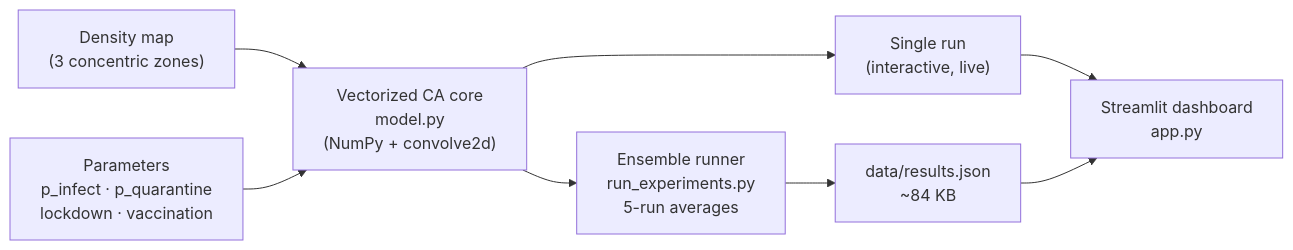
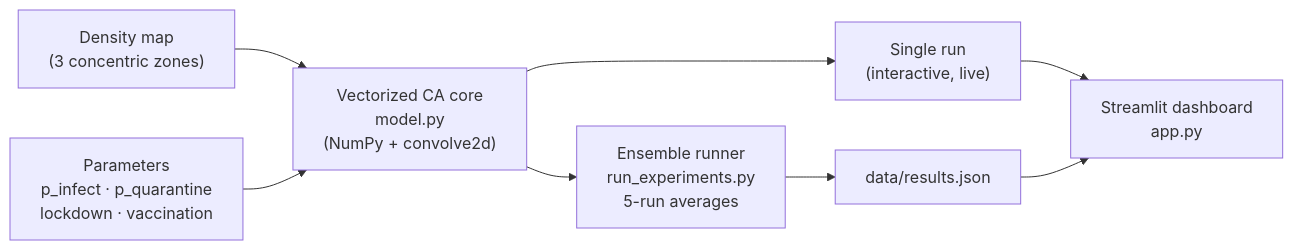
Before and after one commit to ethanbuckley/EpidemicCellularAutomata: the diagram in README.md, drawn with Mermaid. The commit also changed other lines of this file and 4 other files, not shown here.

````diff
--- a/README.md
+++ b/README.md
@@ -19,11 +24,11 @@
 ```mermaid
 flowchart LR
     A["Density map\n(3 concentric zones)"] --> C
     B["Parameters\np_infect · p_quarantine\nlockdown · vaccination"] --> C
     C["Vectorized CA core\nmodel.py\n(NumPy + convolve2d)"]
     C --> D["Single run\n(interactive, live)"]
     C --> E["Ensemble runner\nrun_experiments.py\n5-run averages"]
-    E --> F["data/results.json\n~84 KB"]
+    E --> F["data/results.json"]
     D --> G["Streamlit dashboard\napp.py"]
     F --> G
 ```
````
